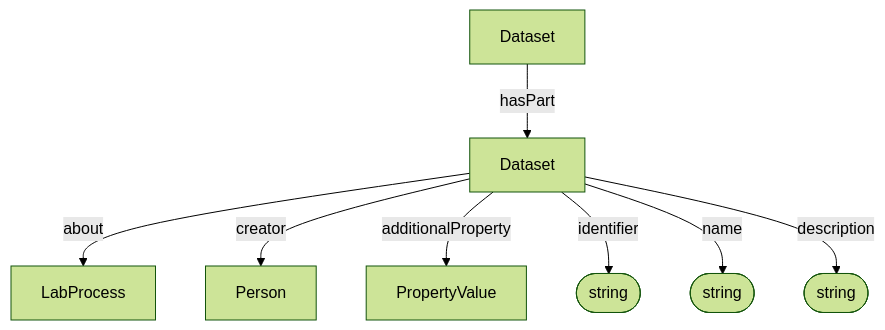
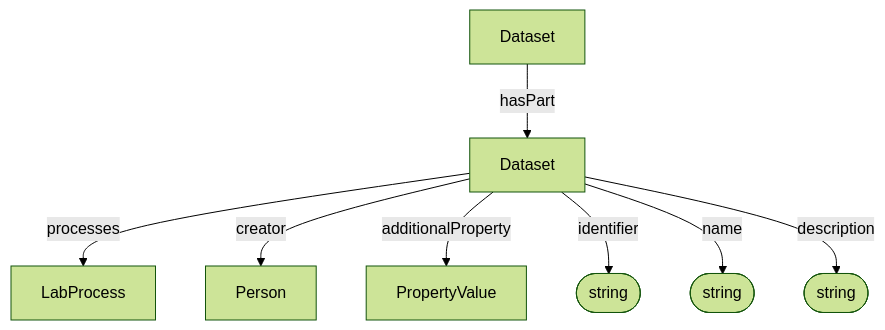
The diagram in spec/core/Dataset.md (HLWeil/ProcessCore), drawn with Mermaid (forest theme) before and after one commit. The commit also changed other lines of this file and 9 other files, not shown here.

````diff
--- a/spec/core/Dataset.md
+++ b/spec/core/Dataset.md
@@ -28,18 +28,18 @@
 ```mermaid
 flowchart TD
 
     id@{ shape: stadium, label: "string" }
     na@{ shape: stadium, label: "string" }
     de@{ shape: stadium, label: "string" }
 
     d[Dataset]
-    Dataset --about--> LabProcess
+    Dataset --processes--> LabProcess
     d --hasPart--> Dataset
     Dataset --creator--> Person
     Dataset --additionalProperty--> PropertyValue
     Dataset --identifier--> id
     Dataset --name--> na
     Dataset --description--> de
 
 
 ```
````
